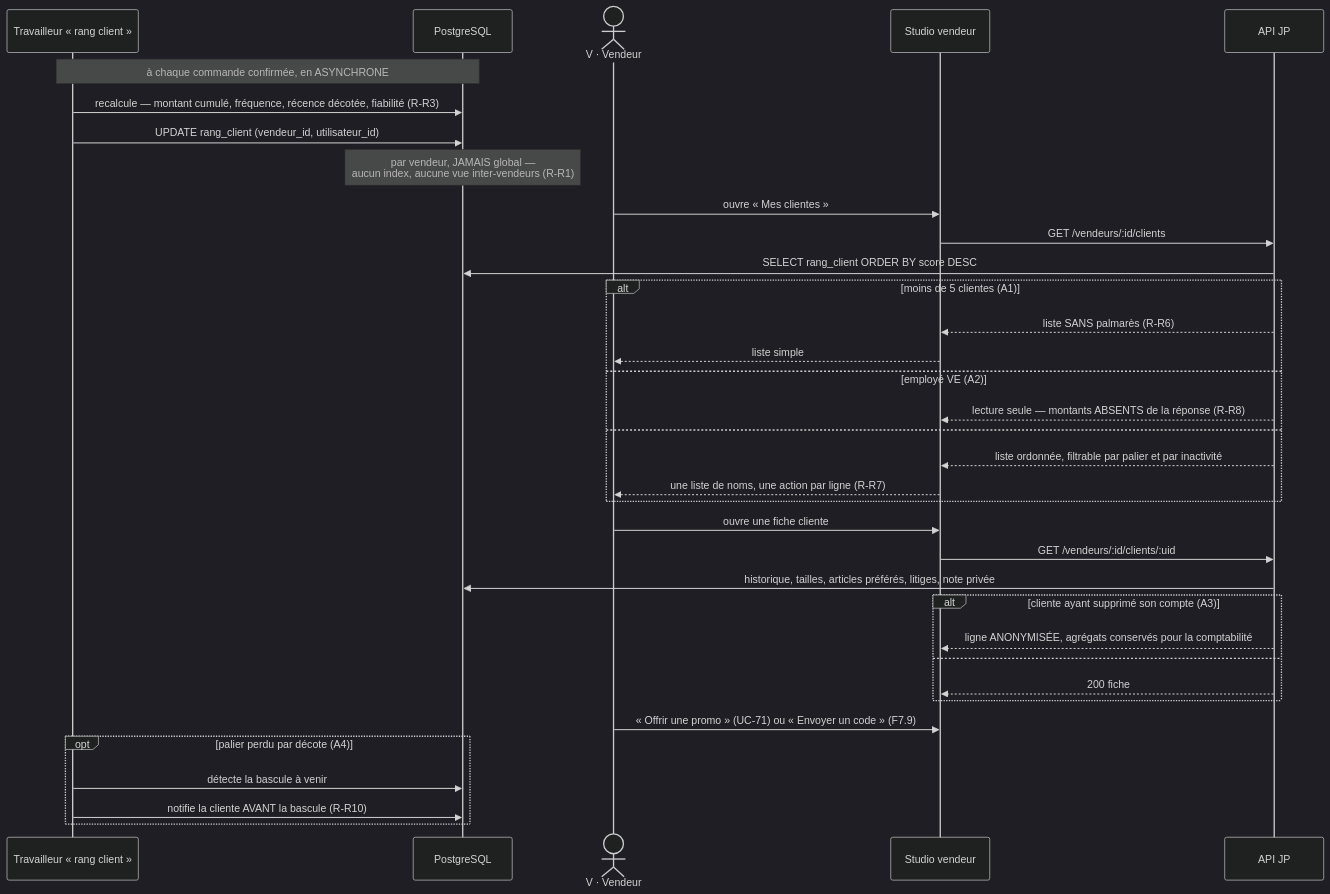
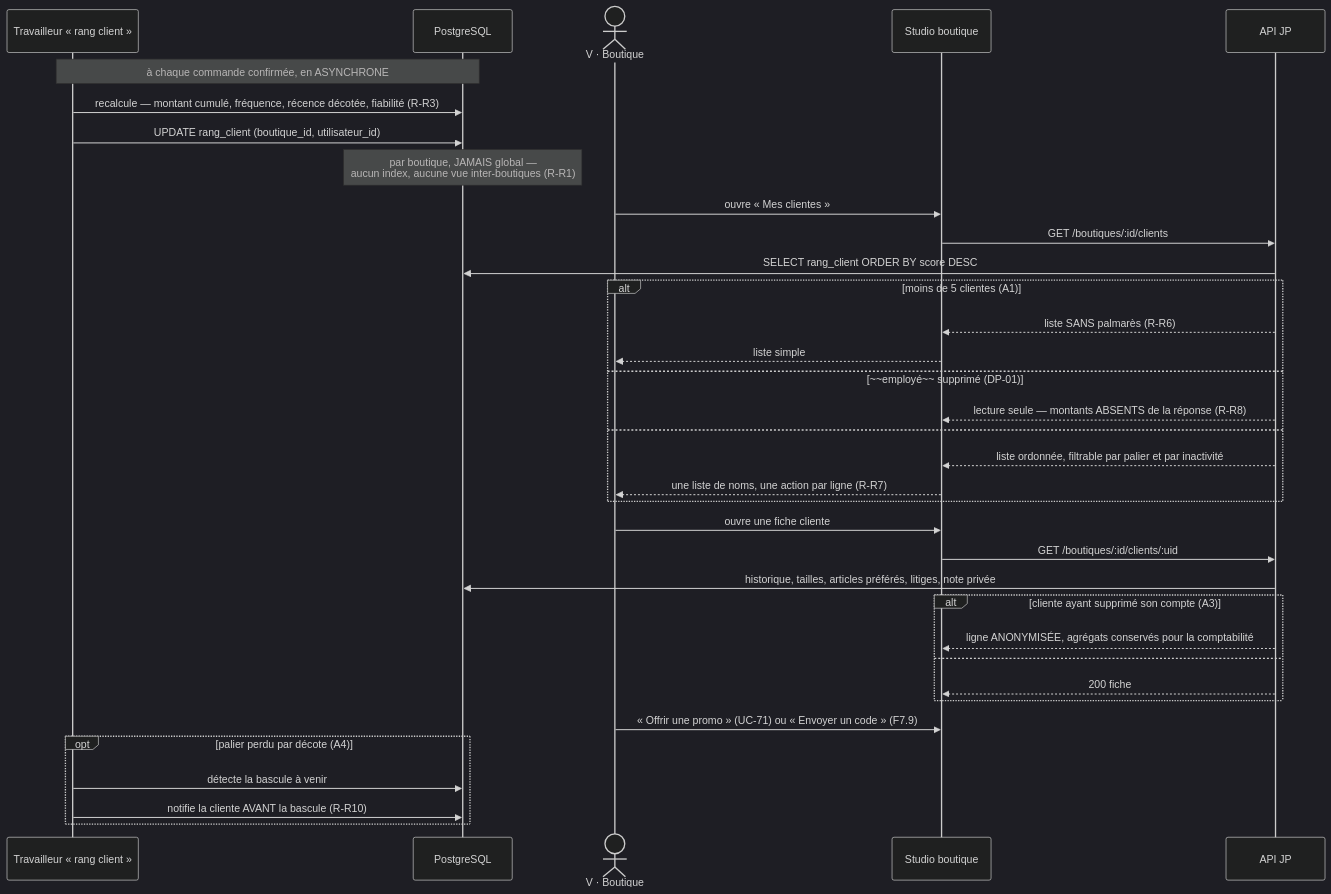
Before and after one commit to andokevin/jp: diagram 18 of 26 in docs/JP_CAS_UTILISATION.md, drawn with Mermaid (dark theme). The commit also changed other lines of this file and 58 other files, not shown here.

````diff
--- a/docs/JP_CAS_UTILISATION.md
+++ b/docs/JP_CAS_UTILISATION.md
@@ -1624,37 +1359,37 @@
 ```mermaid
 sequenceDiagram
     participant JOB as Travailleur « rang client »
     participant DB as PostgreSQL
-    actor V as V · Vendeur
-    participant APP as Studio vendeur
+    actor V as V · Boutique
+    participant APP as Studio boutique
     participant API as API JP
     Note over JOB,DB: à chaque commande confirmée, en ASYNCHRONE
     JOB->>DB: recalcule — montant cumulé, fréquence, récence décotée, fiabilité (R-R3)
-    JOB->>DB: UPDATE rang_client (vendeur_id, utilisateur_id)
-    Note over DB: par vendeur, JAMAIS global —<br/>aucun index, aucune vue inter-vendeurs (R-R1)
+    JOB->>DB: UPDATE rang_client (boutique_id, utilisateur_id)
+    Note over DB: par boutique, JAMAIS global —<br/>aucun index, aucune vue inter-boutiques (R-R1)
     V->>APP: ouvre « Mes clientes »
-    APP->>API: GET /vendeurs/:id/clients
+    APP->>API: GET /boutiques/:id/clients
     API->>DB: SELECT rang_client ORDER BY score DESC
     alt moins de 5 clientes (A1)
         API-->>APP: liste SANS palmarès (R-R6)
         APP-->>V: liste simple
-    else employé VE (A2)
+    else ~~employé~~ supprimé (DP-01)
         API-->>APP: lecture seule — montants ABSENTS de la réponse (R-R8)
     else
         API-->>APP: liste ordonnée, filtrable par palier et par inactivité
         APP-->>V: une liste de noms, une action par ligne (R-R7)
     end
     V->>APP: ouvre une fiche cliente
-    APP->>API: GET /vendeurs/:id/clients/:uid
+    APP->>API: GET /boutiques/:id/clients/:uid
     API->>DB: historique, tailles, articles préférés, litiges, note privée
     alt cliente ayant supprimé son compte (A3)
         API-->>APP: ligne ANONYMISÉE, agrégats conservés pour la comptabilité
     else
         API-->>APP: 200 fiche
     end
     V->>APP: « Offrir une promo » (UC-71) ou « Envoyer un code » (F7.9)
     opt palier perdu par décote (A4)
         JOB->>DB: détecte la bascule à venir
         JOB->>DB: notifie la cliente AVANT la bascule (R-R10)
     end
 ```
````
